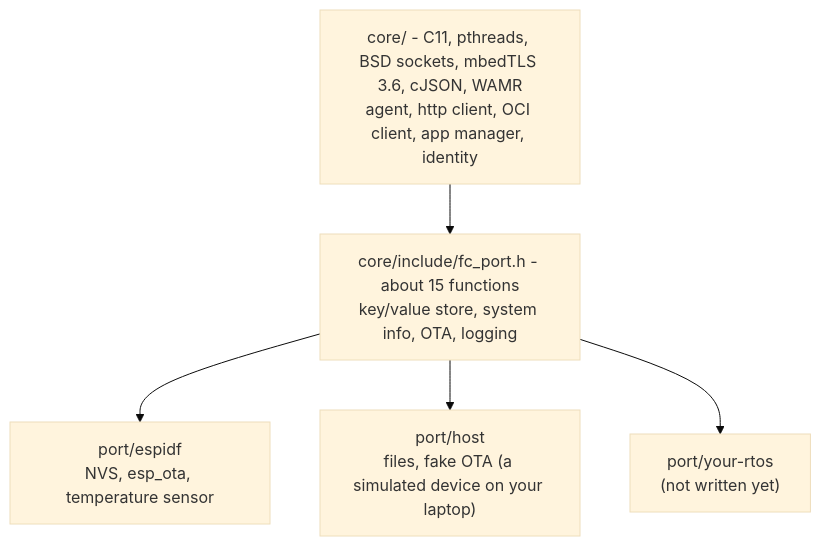
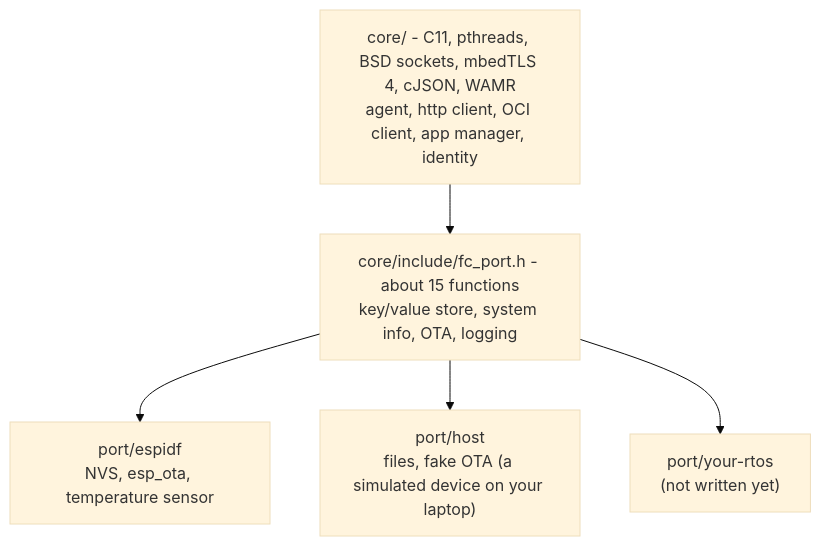
One commit to francescopace/flightctl-mcu changed the second of 3 diagrams in README.md. Above: the diagram before and after it, drawn with Mermaid (base theme). The commit also changed other lines of this file and 65 other files, not shown here.

````diff
--- a/README.md
+++ b/README.md
@@ -65,12 +65,12 @@
 ```mermaid
 flowchart TB
-  core["core/ - C11, pthreads, BSD sockets, mbedTLS 3.6, cJSON, WAMR<br/>agent, http client, OCI client, app manager, identity"]
+  core["core/ - C11, pthreads, BSD sockets, mbedTLS 4, cJSON, WAMR<br/>agent, http client, OCI client, app manager, identity"]
   port["core/include/fc_port.h - about 15 functions<br/>key/value store, system info, OTA, logging"]
   esp["port/espidf<br/>NVS, esp_ota, temperature sensor"]
   host["port/host<br/>files, fake OTA (a simulated device on your laptop)"]
   other["port/your-rtos<br/>(not written yet)"]
   core --> port
   port --> esp
   port --> host
   port --> other
 ```
````
